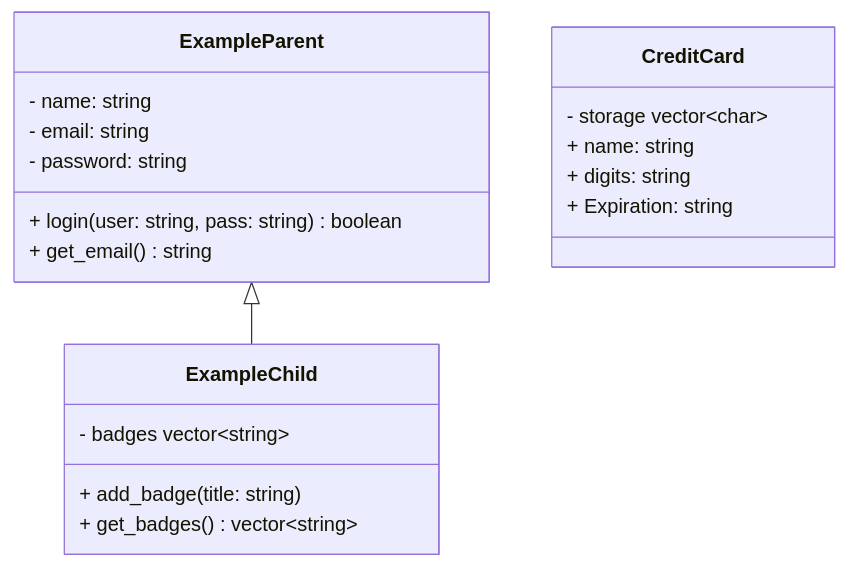
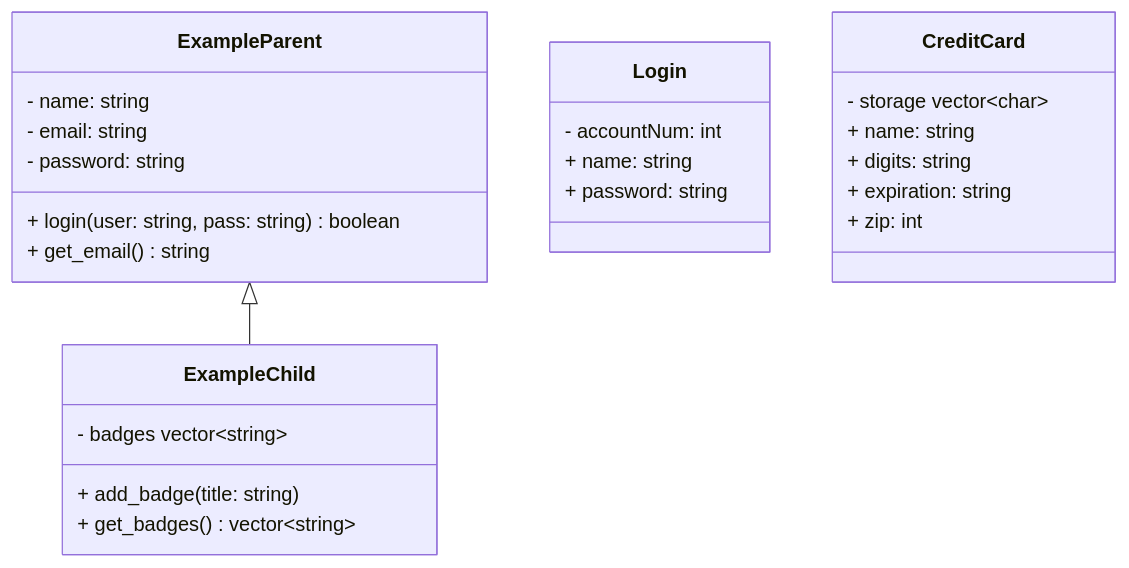
Before and after one commit to robert00000/tippitytappity-design: the diagram in README.md, drawn with Mermaid.

Commit message:
Added a login class.

````diff
--- a/README.md
+++ b/README.md
@@ -8,22 +8,28 @@
 ```mermaid
 classDiagram
   ExampleParent <|-- ExampleChild
   class ExampleParent{
         - name: string
         - email: string
         - password: string
         + login(user: string, pass: string) boolean
         + get_email() string
   }
   class ExampleChild{
         - badges vector~string~
         + add_badge(title: string)
         + get_badges() vector~string~
   }
+  class Login{
+        - accountNum: int
+        + name: string
+        + password: string
+  }
   class CreditCard{
         - storage vector~char~
         + name: string
         + digits: string
-        + Expiration: string
+        + expiration: string
+        + zip: int
   }
 ```
````
